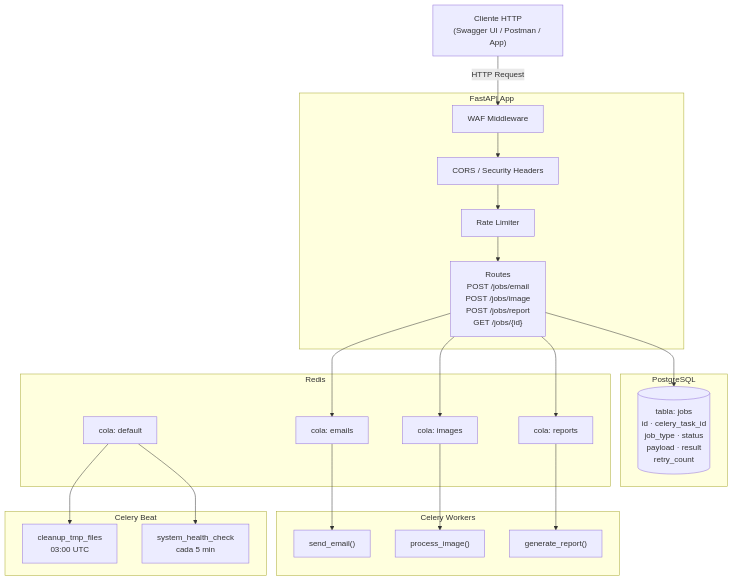
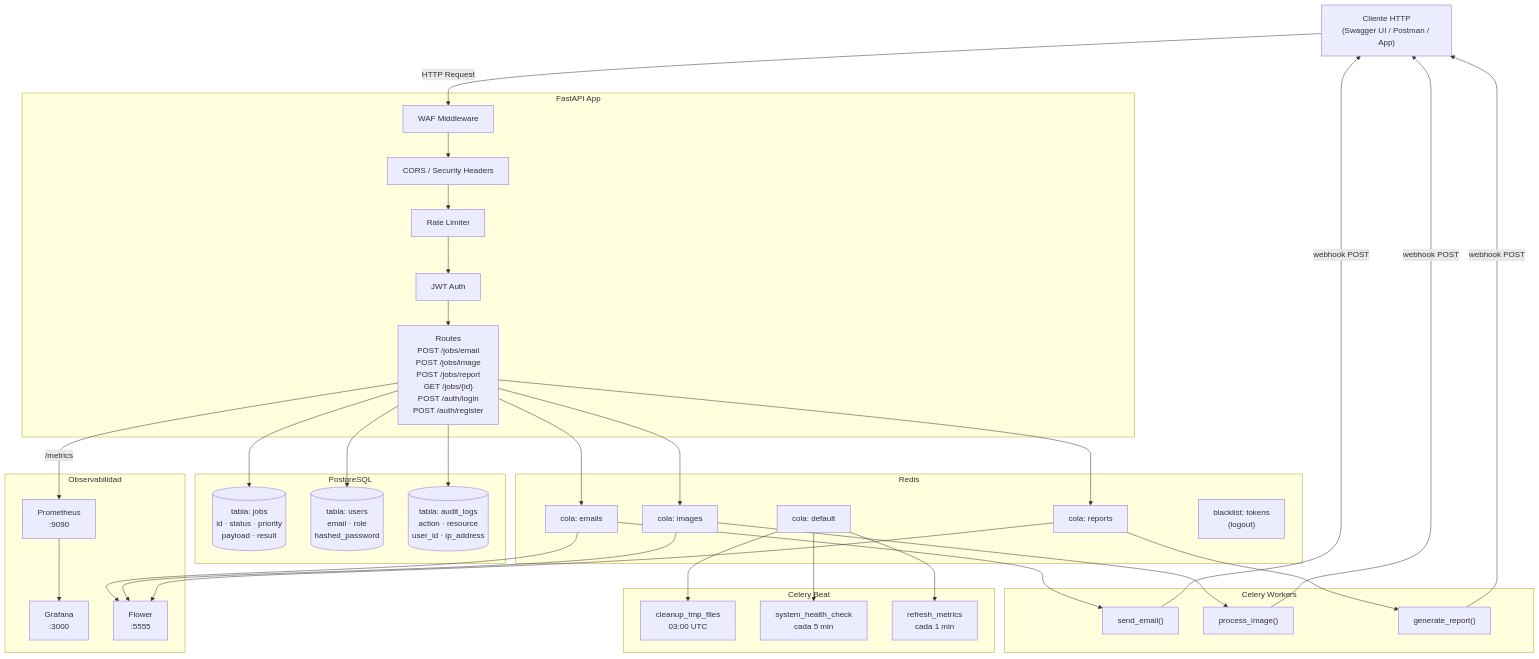
Before and after one commit to ErikLujan/Task-Queue-System: the first of 2 diagrams in README.md, drawn with Mermaid. The commit also changed other lines of this file, not shown here.

````diff
--- a/README.md
+++ b/README.md
@@ -15,42 +15,59 @@
 ```mermaid
 flowchart TD
     Cliente["Cliente HTTP\n(Swagger UI / Postman / App)"]
 
     subgraph API["FastAPI App"]
         WAF["WAF Middleware"]
         CORS["CORS / Security Headers"]
         RL["Rate Limiter"]
-        Routes["Routes\nPOST /jobs/email\nPOST /jobs/image\nPOST /jobs/report\nGET /jobs/{id}"]
+        Auth["JWT Auth"]
+        Routes["Routes\nPOST /jobs/email\nPOST /jobs/image\nPOST /jobs/report\nGET /jobs/{id}\nPOST /auth/login\nPOST /auth/register"]
     end
 
     subgraph DB["PostgreSQL"]
-        Jobs[("tabla: jobs\nid · celery_task_id\njob_type · status\npayload · result\nretry_count")]
+        Jobs[("tabla: jobs\nid · status · priority\npayload · result")]
+        Users[("tabla: users\nemail · role\nhashed_password")]
+        AuditLogs[("tabla: audit_logs\naction · resource\nuser_id · ip_address")]
     end
 
     subgraph Broker["Redis"]
         Q1["cola: emails"]
         Q2["cola: images"]
         Q3["cola: reports"]
         Q4["cola: default"]
+        BL["blacklist: tokens\n(logout)"]
     end
 
     subgraph Workers["Celery Workers"]
         W1["send_email()"]
         W2["process_image()"]
         W3["generate_report()"]
     end
 
     subgraph Beat["Celery Beat"]
         B1["cleanup_tmp_files\n03:00 UTC"]
         B2["system_health_check\ncada 5 min"]
+        B3["refresh_metrics\ncada 1 min"]
+    end
+
+    subgraph Obs["Observabilidad"]
+        Prom["Prometheus\n:9090"]
+        Graf["Grafana\n:3000"]
+        Flower["Flower\n:5555"]
     end
 
     Cliente -->|HTTP Request| WAF
-    WAF --> CORS --> RL --> Routes
+    WAF --> CORS --> RL --> Auth --> Routes
     Routes --> Jobs
+    Routes --> Users
+    Routes --> AuditLogs
     Routes --> Q1 & Q2 & Q3
     Q1 --> W1
     Q2 --> W2
     Q3 --> W3
-    Q4 --> B1 & B2
+    Q4 --> B1 & B2 & B3
+    W1 & W2 & W3 -->|webhook POST| Cliente
+    Routes -->|/metrics| Prom
+    Prom --> Graf
+    Q1 & Q2 & Q3 --> Flower
 ```
````
